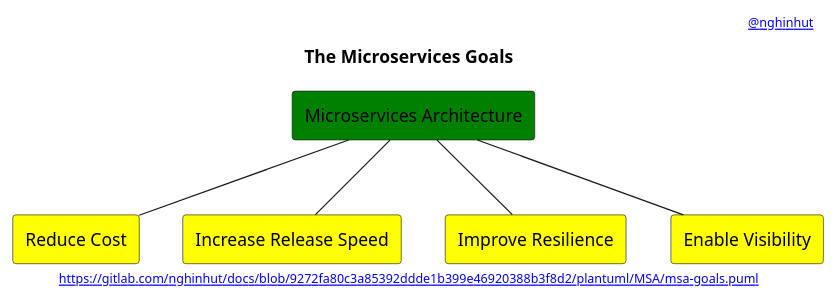
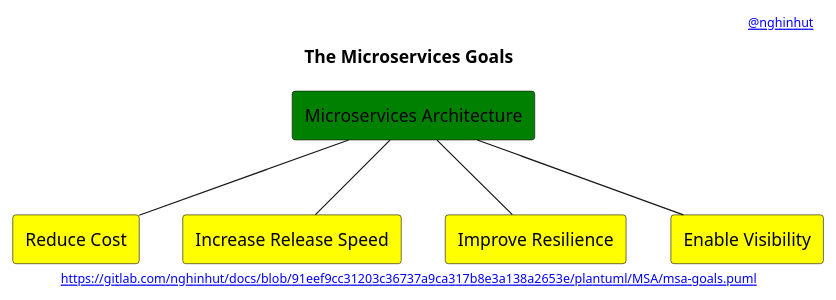
One commit to nghinhut/docs changed the diagram in plantuml/MSA/msa-goals.puml. Above: the diagram before and after it, drawn with PlantUML. The commit also changed 24 other files, not shown here.

Commit message:
docs(plantuml): update headers

```diff
--- a/plantuml/MSA/msa-goals.puml
+++ b/plantuml/MSA/msa-goals.puml
@@ -1,21 +1,21 @@
 @startuml
 '-----START auto generated metadata please keep comment here to allow auto update-----
 '-----DON'T EDIT THIS SECTION, INSTEAD RE-RUN prebuild.sh TO UPDATE-----
-header [[https://www.nghinhut.dev?from=http%5C%3A%5C%2F%5C%2Fwww%5C.plantuml%5C.com%5C%2Fplantuml%5C%2Fproxy%3Ffmt%3Dsvg%5C%26src%3Dhttps%5C%3A%5C%2F%5C%2Fgitlab%5C.com%5C%2Fnghinhut%5C%2Fdocs%5C%2Fraw%5C%2F9272fa80c3a85392ddde1b399e46920388b3f8d2%5C%2Fplantuml%5C%2FMSA%5C%2Fmsa-goals%5C.puml%0A @nghinhut]]
-footer [[http://www.plantuml.com/plantuml/proxy?fmt=svg&src=https://gitlab.com/nghinhut/docs/raw/9272fa80c3a85392ddde1b399e46920388b3f8d2/plantuml/MSA/msa-goals.puml https://gitlab.com/nghinhut/docs/blob/9272fa80c3a85392ddde1b399e46920388b3f8d2/plantuml/MSA/msa-goals.puml]]
+header [[https://www.nghinhut.dev?from=http%5C%3A%5C%2F%5C%2Fwww%5C.plantuml%5C.com%5C%2Fplantuml%5C%2Fproxy%3Ffmt%3Dsvg%5C%26src%3Dhttps%5C%3A%5C%2F%5C%2Fgitlab%5C.com%5C%2Fnghinhut%5C%2Fdocs%5C%2Fraw%5C%2F91eef9cc31203c36737a9ca317b8e3a138a2653e%5C%2Fplantuml%5C%2FMSA%5C%2Fmsa-goals%5C.puml%0A @nghinhut]]
+footer [[http://www.plantuml.com/plantuml/proxy?fmt=svg&src=https://gitlab.com/nghinhut/docs/raw/91eef9cc31203c36737a9ca317b8e3a138a2653e/plantuml/MSA/msa-goals.puml https://gitlab.com/nghinhut/docs/blob/91eef9cc31203c36737a9ca317b8e3a138a2653e/plantuml/MSA/msa-goals.puml]]
 '-----END auto generated metadata please keep comment here to allow auto update-----
 title The Microservices Goals
 
 rectangle "Microservices Architecture" as msa #green
 
 rectangle "Reduce Cost" as goal1 #yellow
 rectangle "Increase Release Speed" as goal2 #yellow
 rectangle "Improve Resilience" as goal3 #yellow
 rectangle "Enable Visibility" as goal4 #yellow
 
 msa -- goal1
 msa -- goal2
 msa -- goal3
 msa -- goal4
 
 @enduml
```
